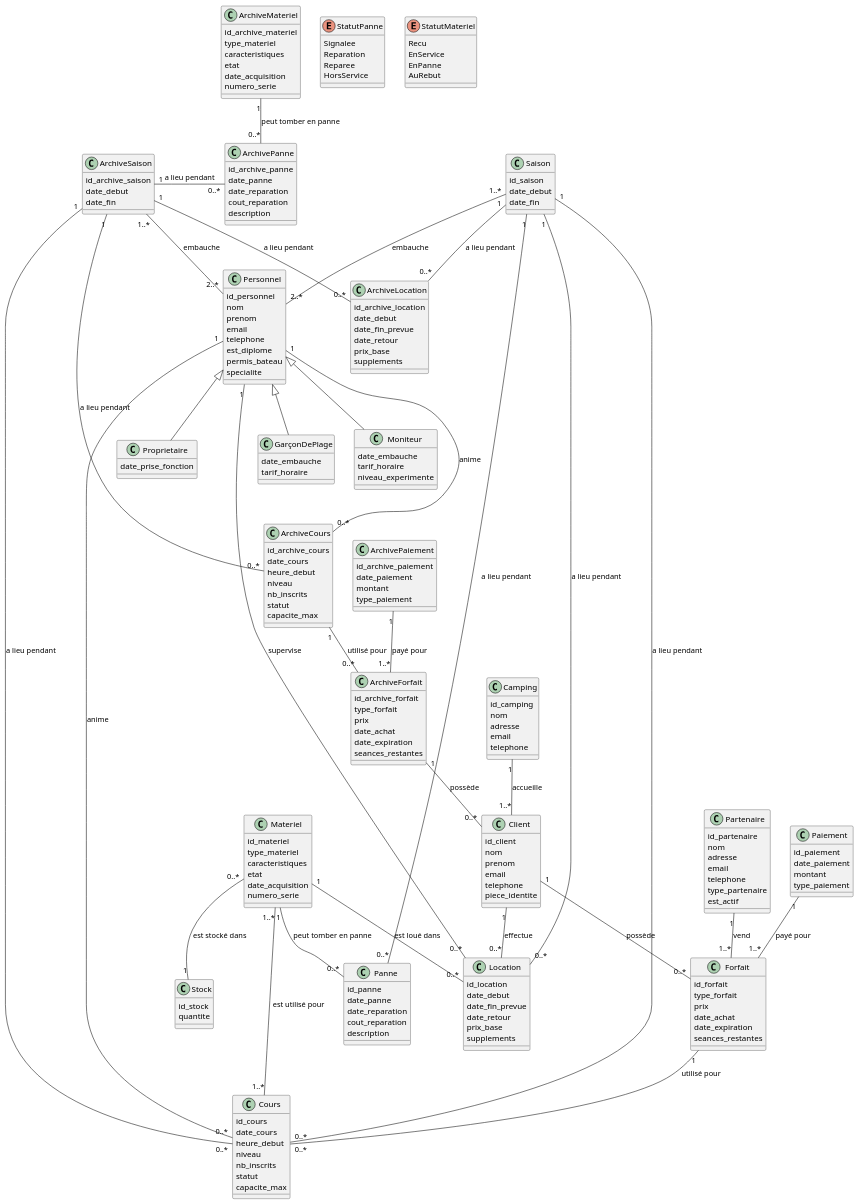
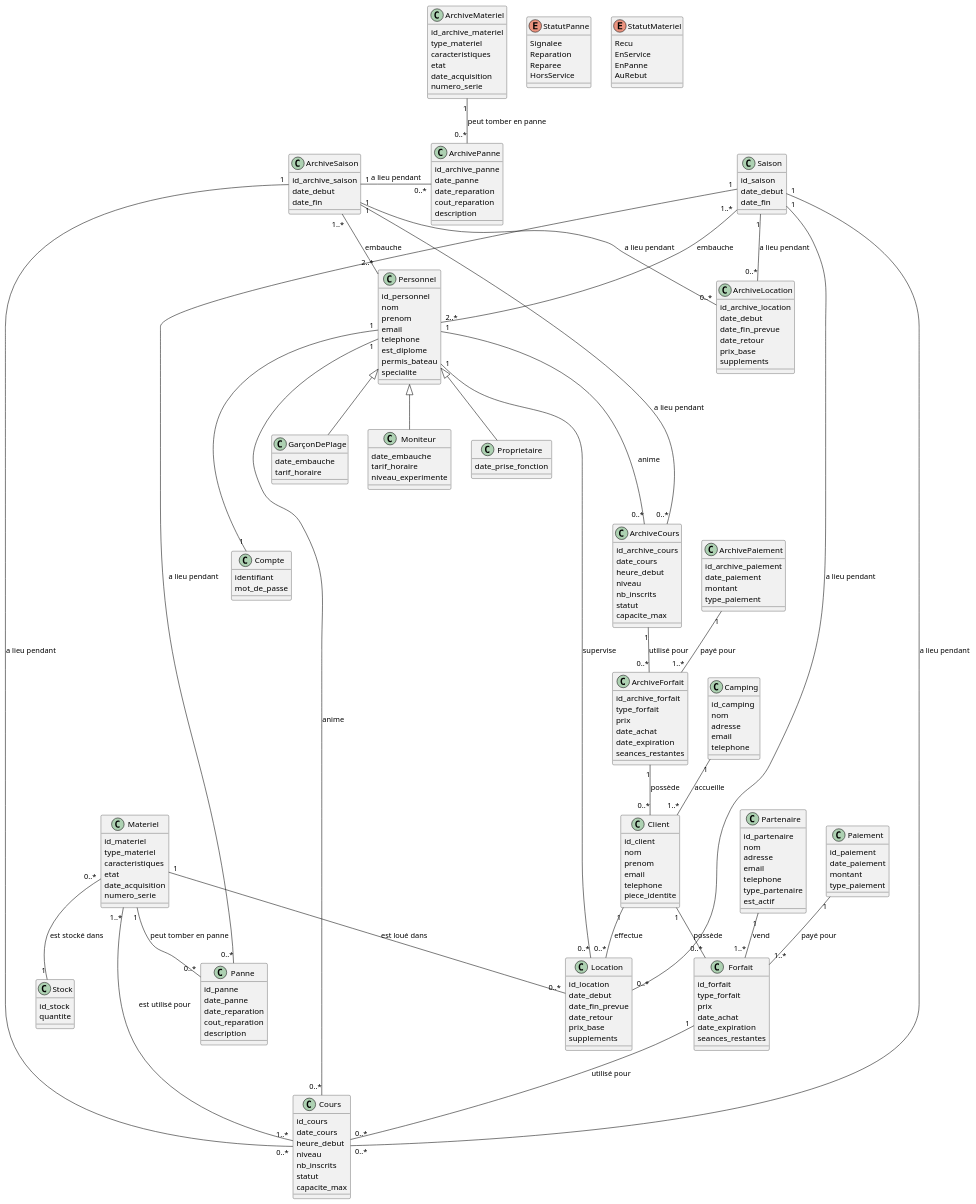
The diagram in docs/1-analysis/generalDesignClassDiagram.puml (Hugo-COLLIN/MIAGE_CSI_NauticalClub), drawn with PlantUML before and after one commit.

Commit message:
docs: compte class

```diff
--- a/docs/1-analysis/generalDesignClassDiagram.puml
+++ b/docs/1-analysis/generalDesignClassDiagram.puml
@@ -23,6 +23,11 @@
 
     class Proprietaire extends Personnel {
         date_prise_fonction
+    }
+
+    class Compte {
+        identifiant
+        mot_de_passe
     }
 
     class Saison {
@@ -214,5 +219,6 @@
     ArchiveSaison "1" -- "0..*" ArchiveCours: a lieu pendant
     ArchiveSaison "1" -- "0..*" ArchiveLocation: a lieu pendant
     ArchivePaiement "1" -- "1..*" ArchiveForfait: payé pour
+    Personnel "1" --- "1" Compte
 
 @enduml
```
